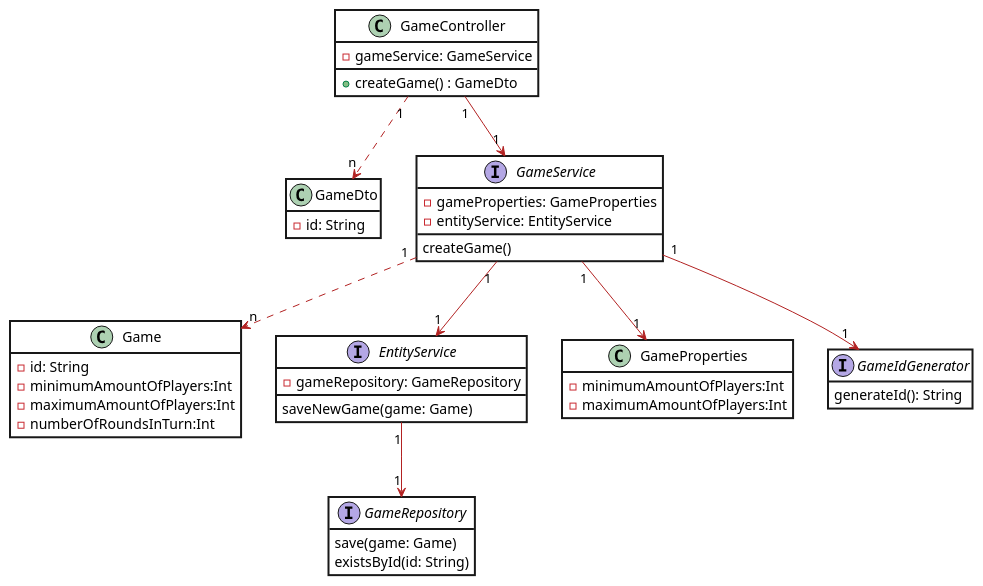
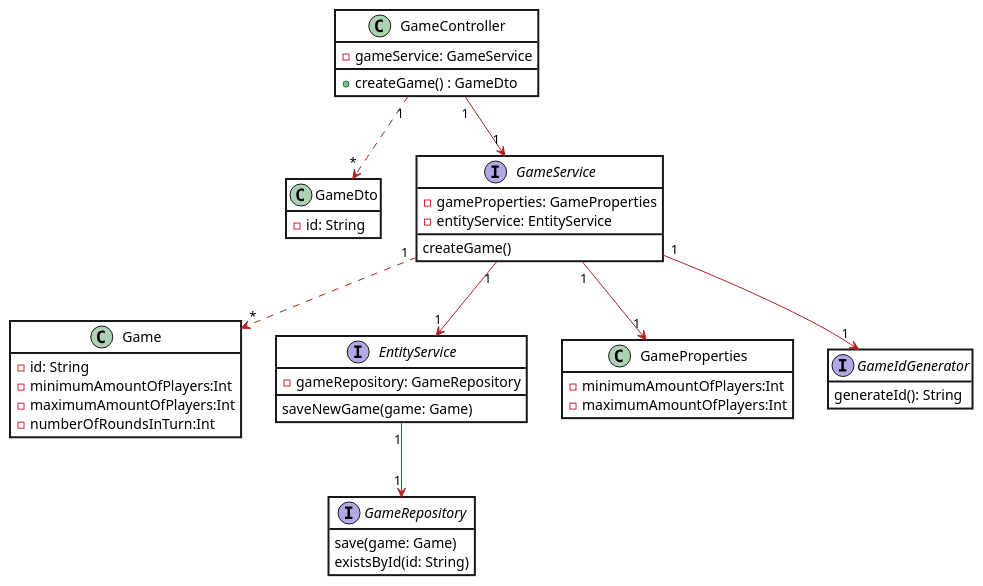
The diagram in docs/diagrams/DCD_create_game.plantuml (patrickwinti/worldwidewalter), drawn with PlantUML before and after one commit. The commit also changed 7 other files, not shown here.

Commit message:
[WWW-59] fixes diagrams

```diff
--- a/docs/diagrams/DCD_create_game.plantuml
+++ b/docs/diagrams/DCD_create_game.plantuml
@@ -1,56 +1,56 @@
 @startuml
 skinparam class {
     BackgroundColor white
     ArrowColor Firebrick
     BorderThickness 2
 }
 skinparam Note{
     BorderColor #FFD966
     BackgroundColor #FFD966
 }
 skinparam roundcorner 0
 skinparam packagestyle Frame
 hide empty members
 
 class GameController {
    -gameService: GameService
    +createGame() : GameDto
 }
 class GameDto{
     -id: String
 }
 class Game {
    -id: String
    -minimumAmountOfPlayers:Int
    -maximumAmountOfPlayers:Int
    -numberOfRoundsInTurn:Int
 }
 interface EntityService {
    -gameRepository: GameRepository
    saveNewGame(game: Game)
 }
 interface GameService{
     -gameProperties: GameProperties
     -entityService: EntityService
     createGame()
 }
 interface GameRepository {
    save(game: Game)
    existsById(id: String)
 }
 class GameProperties{
     -minimumAmountOfPlayers:Int
     -maximumAmountOfPlayers:Int
 }
 interface GameIdGenerator{
     generateId(): String
 }
 
 GameController "1"-->"1" GameService
-GameService "1"..>"n" Game
+GameService "1"..>"*" Game
 GameService "1"-->"1" EntityService
 GameService "1"-->"1" GameIdGenerator
 GameService "1"-->"1" GameProperties
 EntityService "1"-->"1" GameRepository
-GameController "1"..>"n" GameDto
+GameController "1"..>"*" GameDto
 @enduml
```
